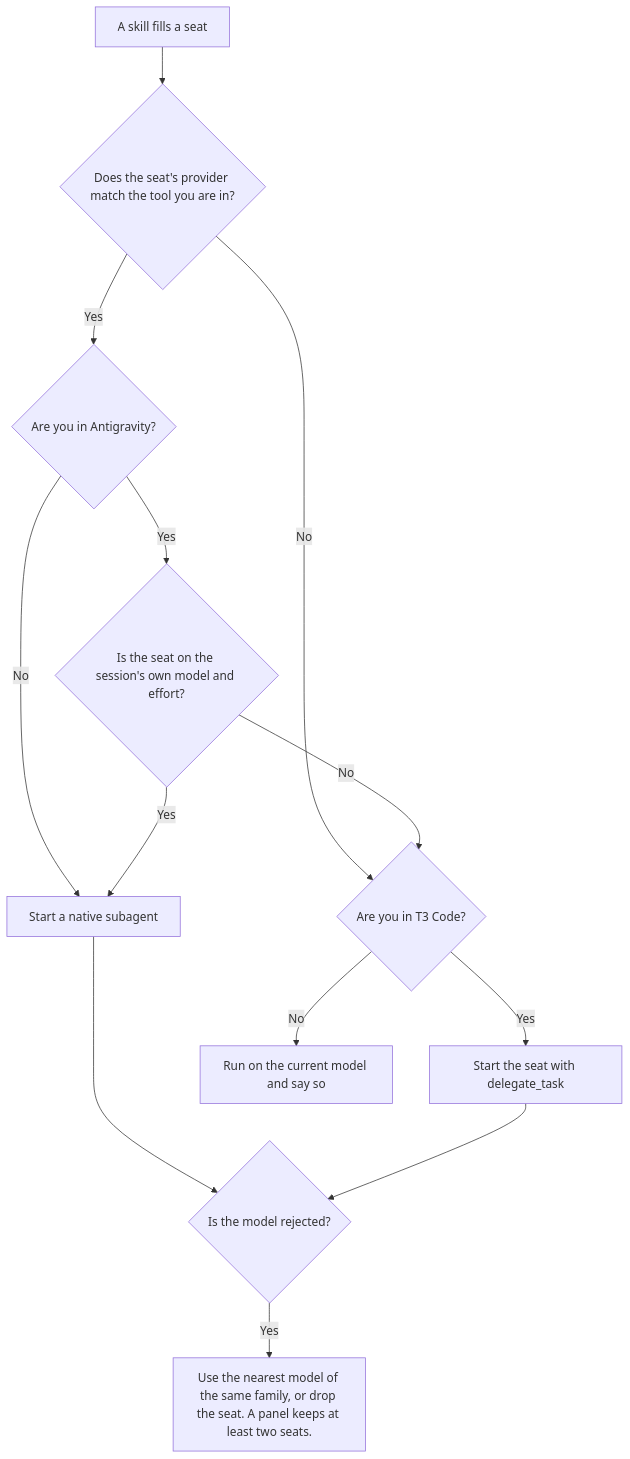
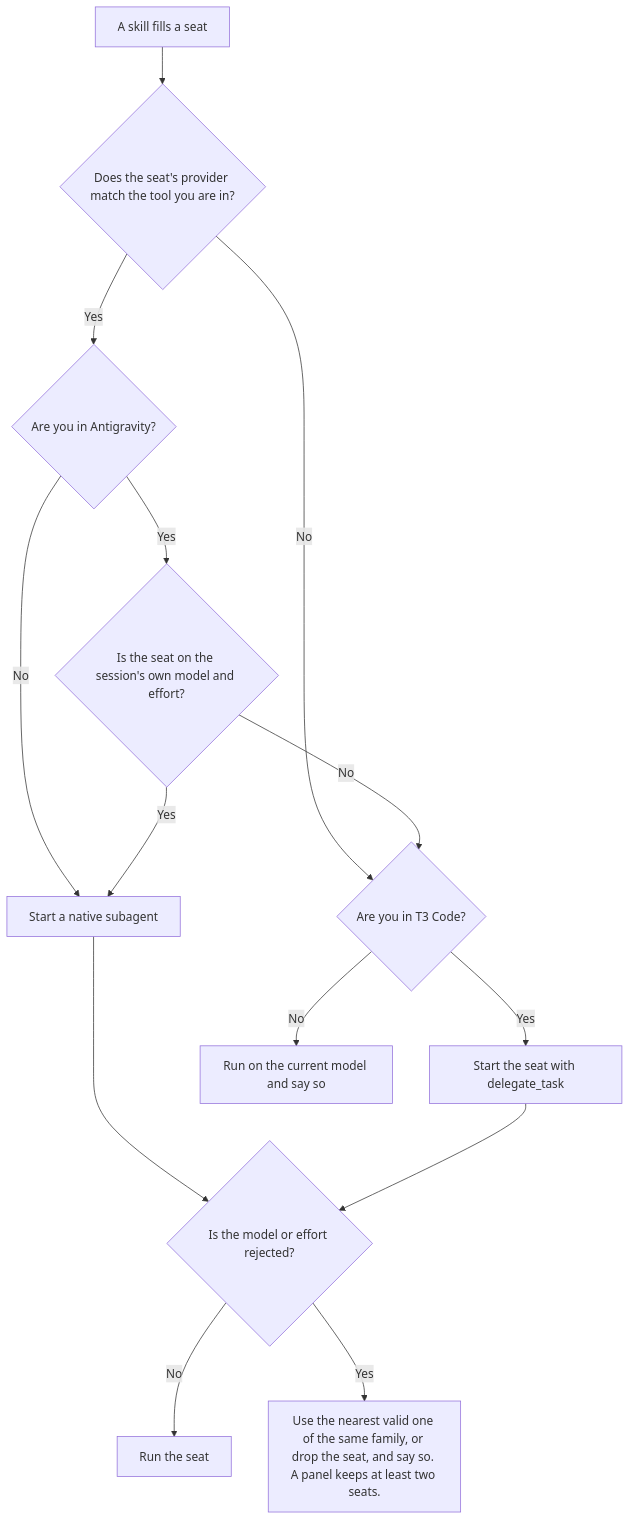
Before and after one commit to JoshuaHayesWasHere/jstack: the diagram in wiki/Models-and-seats.md, drawn with Mermaid. The commit also changed 5 other files, not shown here.

Commit message:
Wiki diagrams match install, seat fallback and review-loop budget exactly

````diff
--- a/wiki/Models-and-seats.md
+++ b/wiki/Models-and-seats.md
@@ -20,15 +20,16 @@
 ```mermaid
 flowchart TD
     seat["A skill fills a seat"] --> match{"Does the seat's provider match the tool you are in?"}
     match -->|No| t3{"Are you in T3 Code?"}
     match -->|Yes| ag{"Are you in Antigravity?"}
     ag -->|No| native["Start a native subagent"]
     ag -->|Yes| own{"Is the seat on the session's own model and effort?"}
     own -->|Yes| native
     own -->|No| t3
     t3 -->|Yes| delegate["Start the seat with delegate_task"]
     t3 -->|No| current["Run on the current model and say so"]
-    native --> rejected{"Is the model rejected?"}
+    native --> rejected{"Is the model or effort rejected?"}
     delegate --> rejected
-    rejected -->|Yes| fallback["Use the nearest model of the same family, or drop the seat. A panel keeps at least two seats."]
+    rejected -->|No| run["Run the seat"]
+    rejected -->|Yes| fallback["Use the nearest valid one of the same family, or drop the seat, and say so. A panel keeps at least two seats."]
 ```
````
